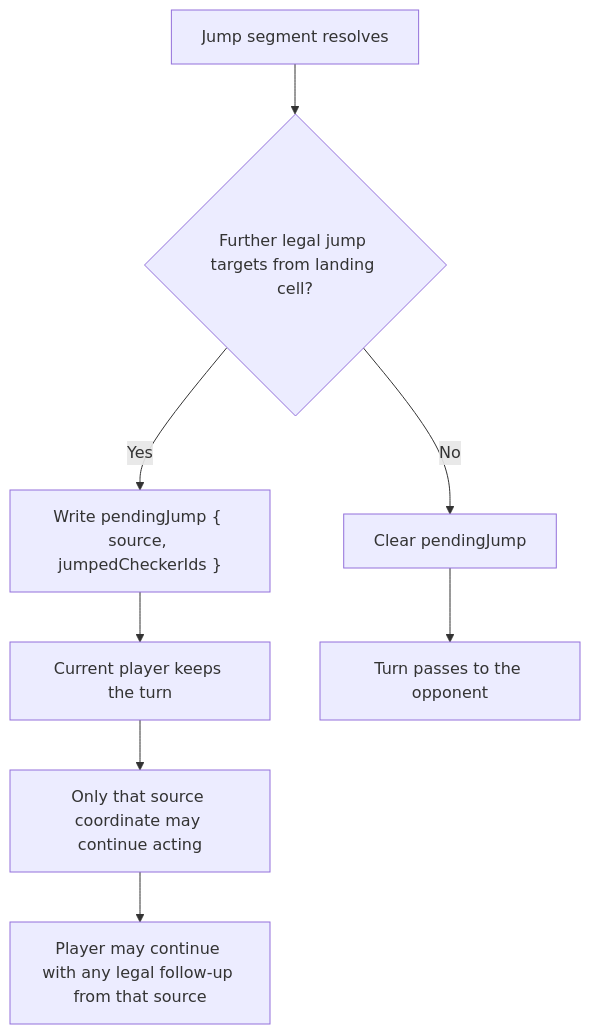
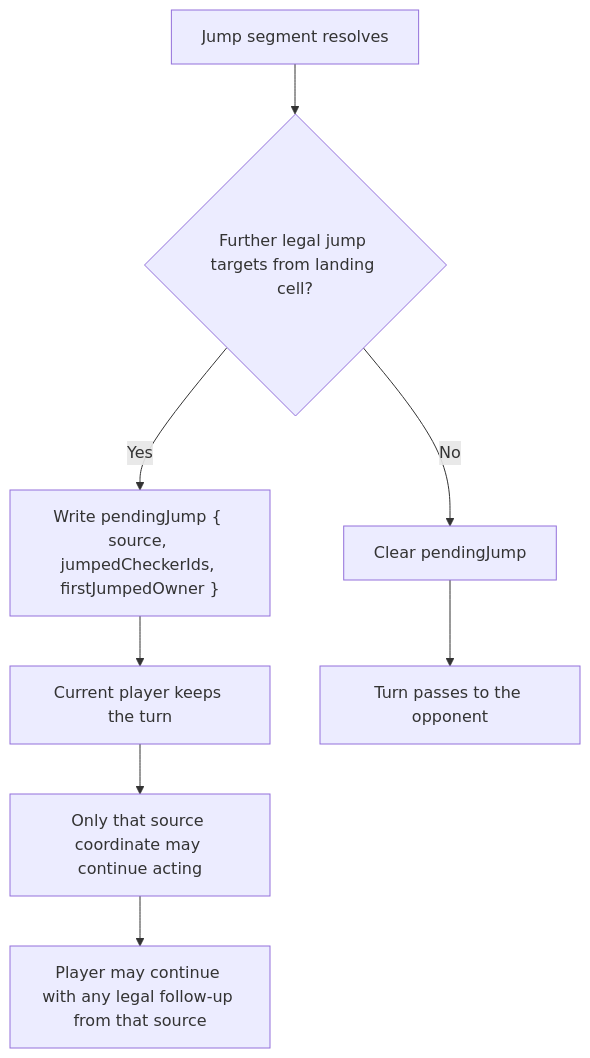
Before and after one commit to kstroevsky/you-and-i: the second of 5 diagrams in src/domain/README.md, drawn with Mermaid. The commit also changed other lines of this file and 15 other files, not shown here.

Commit message:
Feature: One-color pendingJump

````diff
--- a/src/domain/README.md
+++ b/src/domain/README.md
@@ -299,10 +301,10 @@
 ```mermaid
 flowchart TD
   A["Jump segment resolves"] --> B{"Further legal jump targets from landing cell?"}
-  B -- "Yes" --> C["Write pendingJump { source, jumpedCheckerIds }"]
+  B -- "Yes" --> C["Write pendingJump { source, jumpedCheckerIds, firstJumpedOwner }"]
   C --> D["Current player keeps the turn"]
   D --> E["Only that source coordinate may continue acting"]
   E --> F["Player may continue with any legal follow-up from that source"]
   B -- "No" --> G["Clear pendingJump"]
   G --> H["Turn passes to the opponent"]
 ```
````
